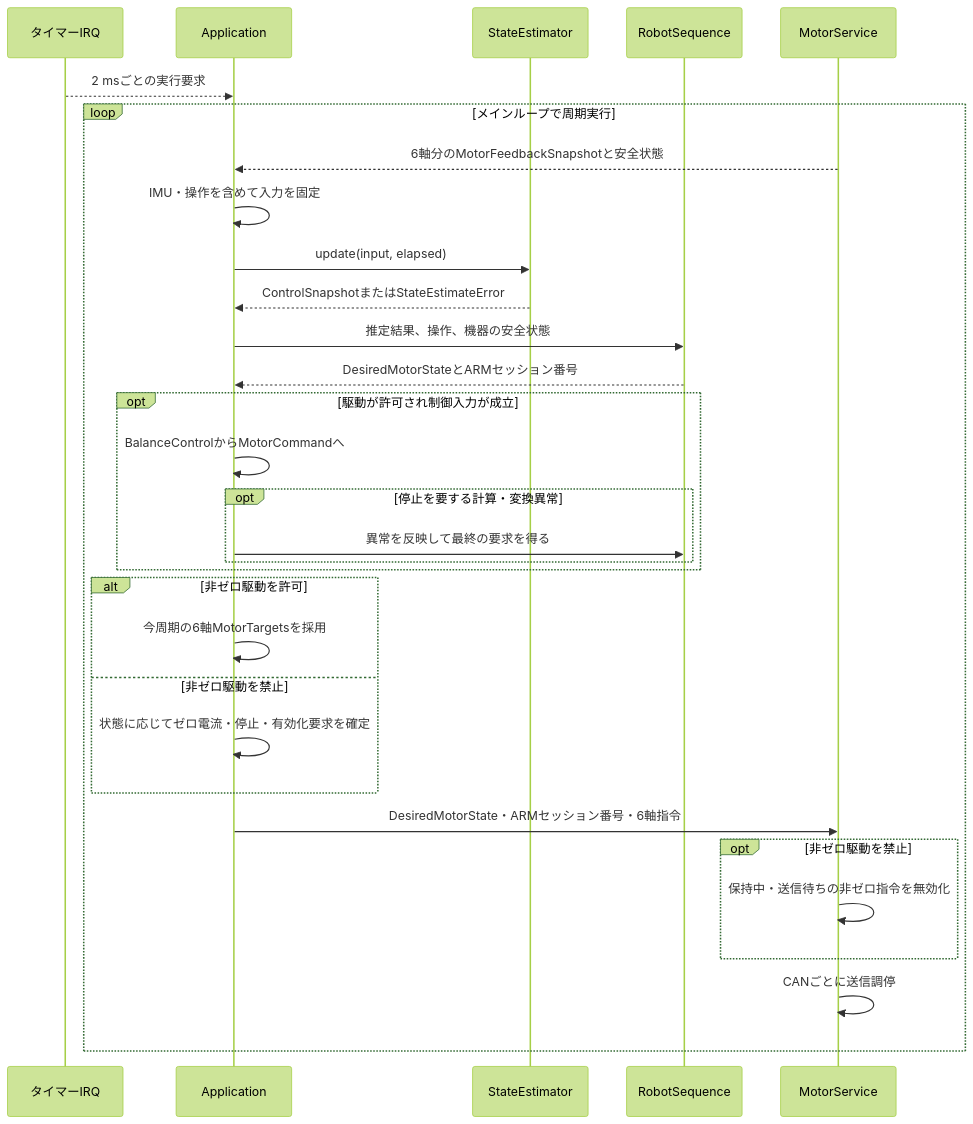
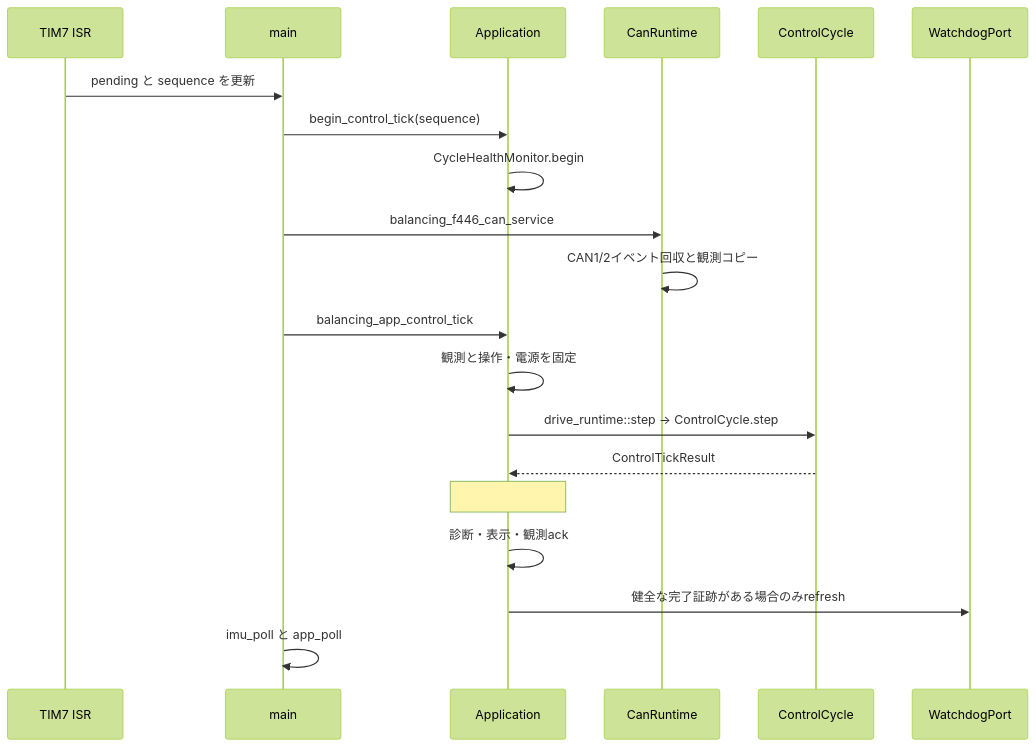
One commit to kou-pen/balancing changed the second of 8 diagrams in docs/diagrams.md. Above: the diagram before and after it, drawn with Mermaid (forest theme). The commit also changed other lines of this file and 16 other files, not shown here.

```diff
--- a/docs/diagrams.md
+++ b/docs/diagrams.md
@@ -133,34 +27,22 @@
 <pre class="mermaid">
 sequenceDiagram
-    participant IRQ as タイマーIRQ
-    participant APP as Application
-    participant SE as StateEstimator
-    participant RS as RobotSequence
-    participant MS as MotorService
-
-    IRQ-->>APP: 2 msごとの実行要求
-    loop メインループで周期実行
-        MS-->>APP: 6軸分のMotorFeedbackSnapshotと安全状態
-        APP->>APP: IMU・操作を含めて入力を固定
-        APP->>SE: update(input, elapsed)
-        SE-->>APP: ControlSnapshotまたはStateEstimateError
-        APP->>RS: 推定結果、操作、機器の安全状態
-        RS-->>APP: DesiredMotorStateとARMセッション番号
-        opt 駆動が許可され制御入力が成立
-            APP->>APP: BalanceControlからMotorCommandへ
-            opt 停止を要する計算・変換異常
-                APP->>RS: 異常を反映して最終の要求を得る
-            end
-        end
-        alt 非ゼロ駆動を許可
-            APP->>APP: 今周期の6軸MotorTargetsを採用
-        else 非ゼロ駆動を禁止
-            APP->>APP: 状態に応じてゼロ電流・停止・有効化要求を確定
-        end
-        APP->>MS: DesiredMotorState・ARMセッション番号・6軸指令
-        opt 非ゼロ駆動を禁止
-            MS->>MS: 保持中・送信待ちの非ゼロ指令を無効化
-        end
-        MS->>MS: CANごとに送信調停
-    end
+    participant T as TIM7 ISR
+    participant M as main
+    participant A as Application
+    participant C as CanRuntime
+    participant P as ControlCycle
+    participant W as WatchdogPort
+    T->>M: pending と sequence を更新
+    M->>A: begin_control_tick(sequence)
+    A->>A: CycleHealthMonitor.begin
+    M->>C: balancing_f446_can_service
+    C->>C: CAN1/2イベント回収と観測コピー
+    M->>A: balancing_app_control_tick
+    A->>A: 観測と操作・電源を固定
+    A->>P: drive_runtime::step → ControlCycle.step
+    P-->>A: ControlTickResult
+    Note over A: #88の明示設定時は停止予約・送信処理も行う
+    A->>A: 診断・表示・観測ack
+    A->>W: 健全な完了証跡がある場合のみrefresh
+    M->>M: imu_poll と app_poll
 </pre>
```
